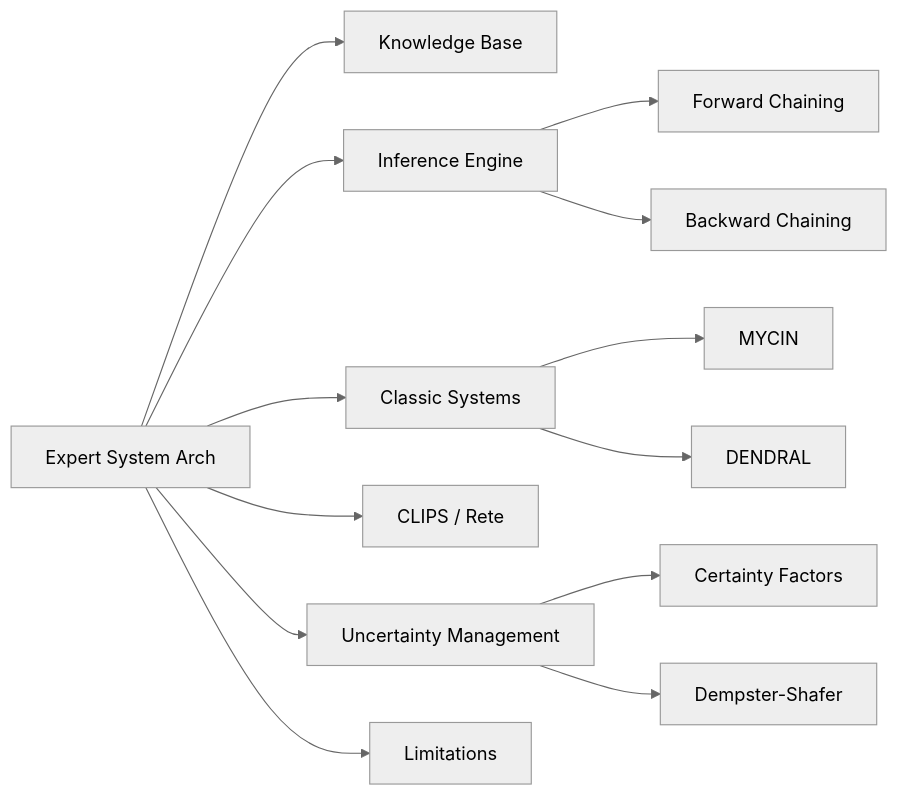
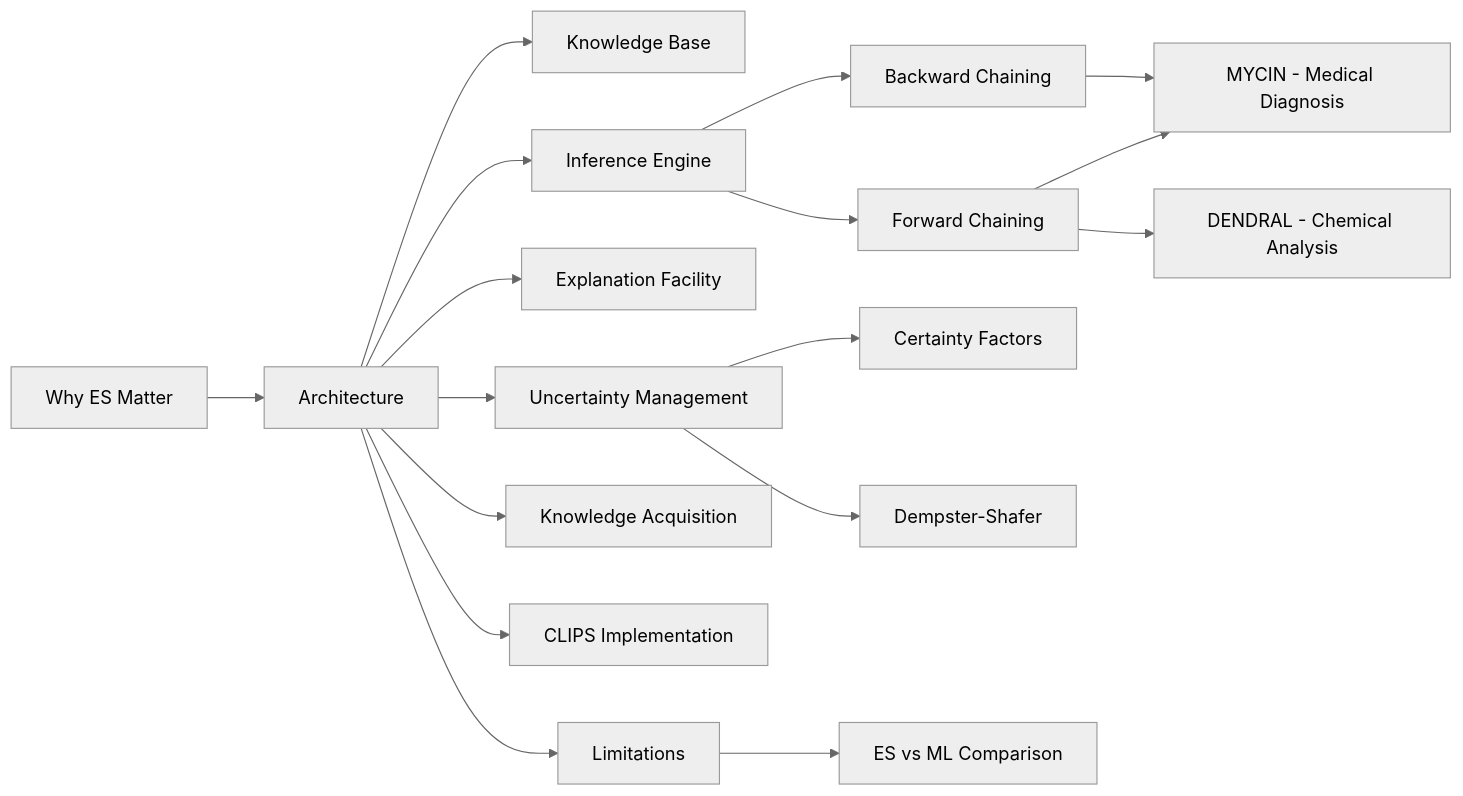
Before and after one commit to Raushan666java/ai-engineering-journey: the diagram in docs/courses/artificial-intelligence/16-expert-systems.md, drawn with Mermaid (neutral theme). The commit also changed other lines of this file and 26 other files, not shown here.

````diff
--- a/docs/courses/artificial-intelligence/16-expert-systems.md
+++ b/docs/courses/artificial-intelligence/16-expert-systems.md
@@ -23,15 +42,19 @@
 ```mermaid
 flowchart LR
-    A[Expert System Arch] --> B[Knowledge Base]
-    A --> C[Inference Engine]
-    C --> D[Forward Chaining]
-    C --> E[Backward Chaining]
-    A --> F[Classic Systems]
-    F --> G[MYCIN]
-    F --> H[DENDRAL]
-    A --> I[CLIPS / Rete]
-    A --> J[Uncertainty Management]
-    J --> K[Certainty Factors]
-    J --> L[Dempster-Shafer]
-    A --> M[Limitations]
+    A[Why ES Matter] --> B[Architecture]
+    B --> C[Knowledge Base]
+    B --> D[Inference Engine]
+    D --> E[Forward Chaining]
+    D --> F[Backward Chaining]
+    B --> G[Explanation Facility]
+    B --> H[Uncertainty Management]
+    H --> I[Certainty Factors]
+    H --> J[Dempster-Shafer]
+    E --> K[MYCIN - Medical Diagnosis]
+    F --> K
+    E --> L[DENDRAL - Chemical Analysis]
+    B --> M[Knowledge Acquisition]
+    B --> N[CLIPS Implementation]
+    B --> O[Limitations]
+    O --> P[ES vs ML Comparison]
 ```
````
